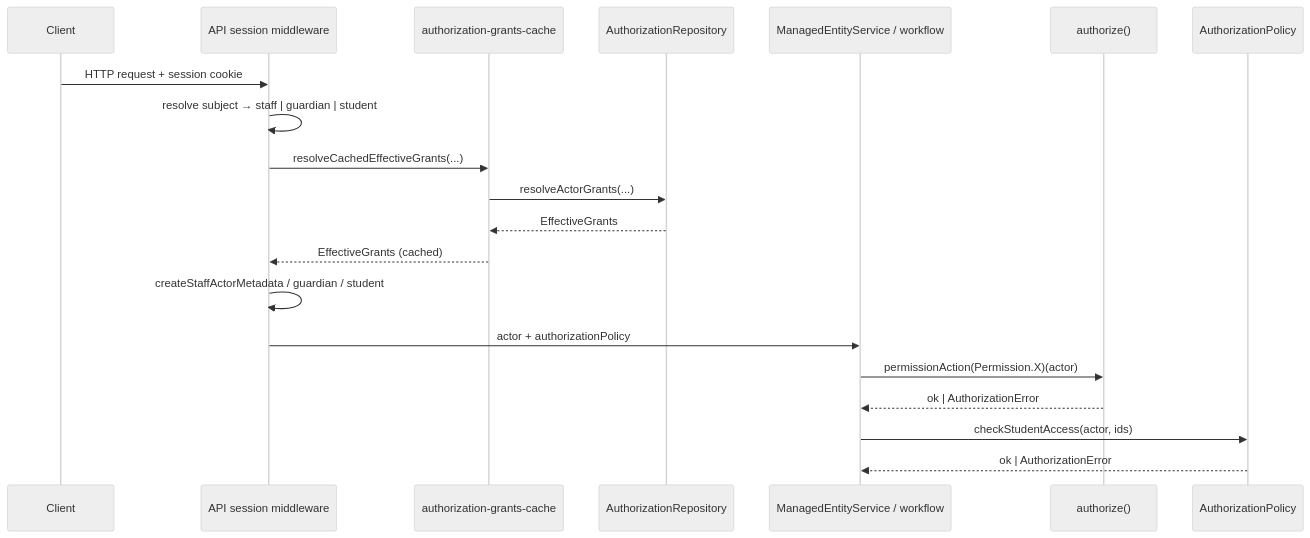
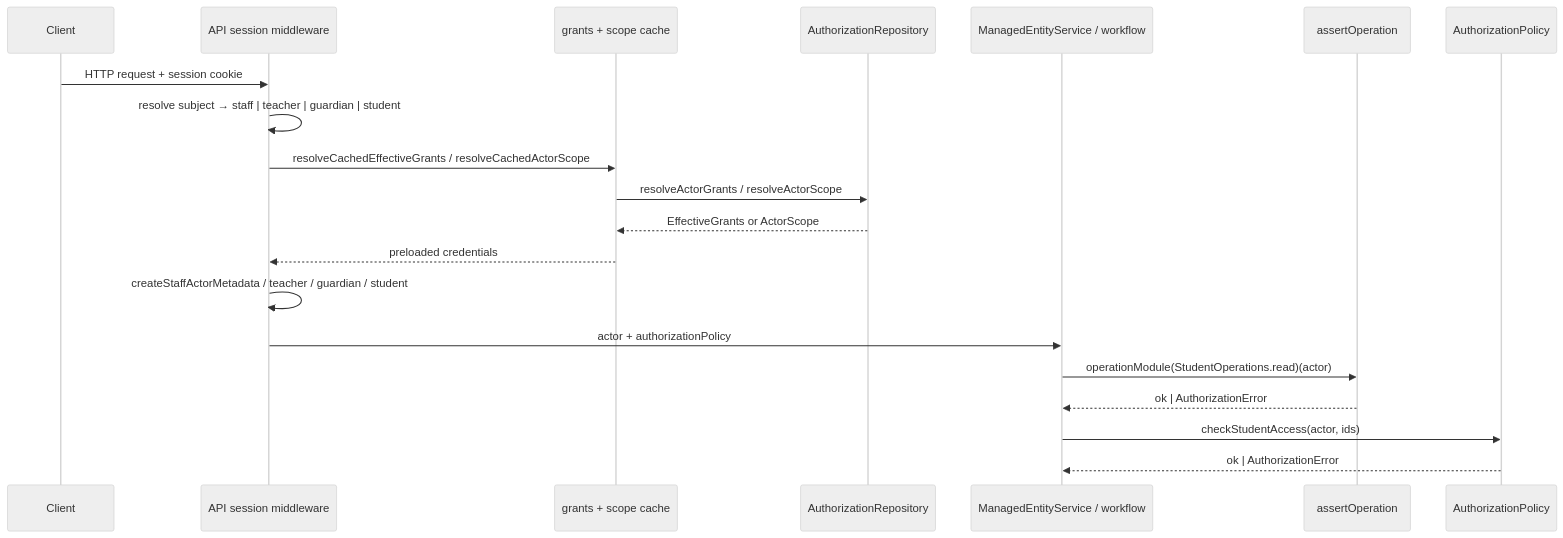
Before and after one commit to Maya-Invest/edaya_backend: the second of 2 diagrams in package/domain-core/src/capabilities/authorization/README.md, drawn with Mermaid (neutral theme). The commit also changed other lines of this file and 180 other files, not shown here.

First line of the commit message:
feat: implement AuthCacheInvalidationPort and refactor authorization operations

````diff
--- a/package/domain-core/src/capabilities/authorization/README.md
+++ b/package/domain-core/src/capabilities/authorization/README.md
@@ -21,23 +51,23 @@
 ```mermaid
 sequenceDiagram
   participant Client
   participant Middleware as API session middleware
-  participant Cache as authorization-grants-cache
+  participant Cache as grants + scope cache
   participant Repo as AuthorizationRepository
   participant Service as ManagedEntityService / workflow
-  participant Engine as authorize()
+  participant Op as assertOperation
   participant Policy as AuthorizationPolicy
 
   Client->>Middleware: HTTP request + session cookie
-  Middleware->>Middleware: resolve subject → staff | guardian | student
-  Middleware->>Cache: resolveCachedEffectiveGrants(...)
-  Cache->>Repo: resolveActorGrants(...)
-  Repo-->>Cache: EffectiveGrants
-  Cache-->>Middleware: EffectiveGrants (cached)
-  Middleware->>Middleware: createStaffActorMetadata / guardian / student
+  Middleware->>Middleware: resolve subject → staff | teacher | guardian | student
+  Middleware->>Cache: resolveCachedEffectiveGrants / resolveCachedActorScope
+  Cache->>Repo: resolveActorGrants / resolveActorScope
+  Repo-->>Cache: EffectiveGrants or ActorScope
+  Cache-->>Middleware: preloaded credentials
+  Middleware->>Middleware: createStaffActorMetadata / teacher / guardian / student
   Middleware->>Service: actor + authorizationPolicy
-  Service->>Engine: permissionAction(Permission.X)(actor)
-  Engine-->>Service: ok | AuthorizationError
+  Service->>Op: operationModule(StudentOperations.read)(actor)
+  Op-->>Service: ok | AuthorizationError
   Service->>Policy: checkStudentAccess(actor, ids)
   Policy-->>Service: ok | AuthorizationError
 ```
````
